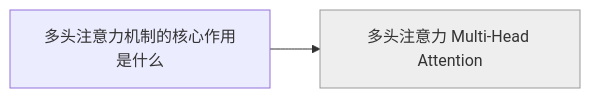
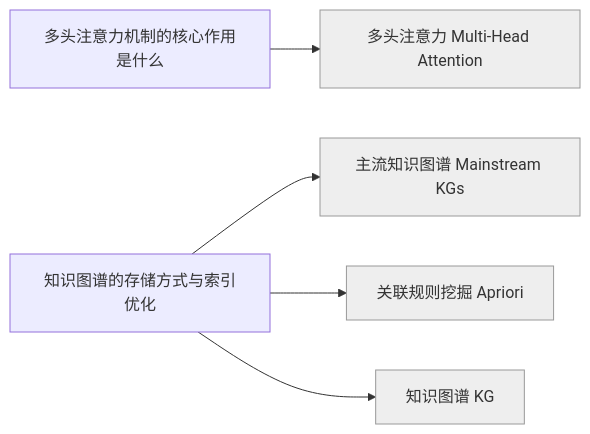
One commit to codingfeng-fufu/radar-loom changed the diagram in interview-graph.md. Above: the diagram before and after it, drawn with Mermaid. The commit also changed other lines of this file and 6 other files, not shown here.

First line of the commit message:
radar: 新增工程面试页《知识图谱的存储方式与索引优化》

````diff
--- a/interview-graph.md
+++ b/interview-graph.md
@@ -5,7 +5,14 @@
 ```mermaid
 graph LR
+    主流知识图谱_Mainstream_KGs["主流知识图谱 Mainstream KGs"]:::ext
+    关联规则挖掘_Apriori["关联规则挖掘 Apriori"]:::ext
     多头注意力_Multi_Head_Attention["多头注意力 Multi-Head Attention"]:::ext
     多头注意力机制的核心作用是什么["多头注意力机制的核心作用是什么"]
+    知识图谱_KG["知识图谱 KG"]:::ext
+    知识图谱的存储方式与索引优化["知识图谱的存储方式与索引优化"]
     多头注意力机制的核心作用是什么 --> 多头注意力_Multi_Head_Attention
+    知识图谱的存储方式与索引优化 --> 主流知识图谱_Mainstream_KGs
+    知识图谱的存储方式与索引优化 --> 关联规则挖掘_Apriori
+    知识图谱的存储方式与索引优化 --> 知识图谱_KG
     classDef ext fill:#eee,stroke:#999;
 ```
````
